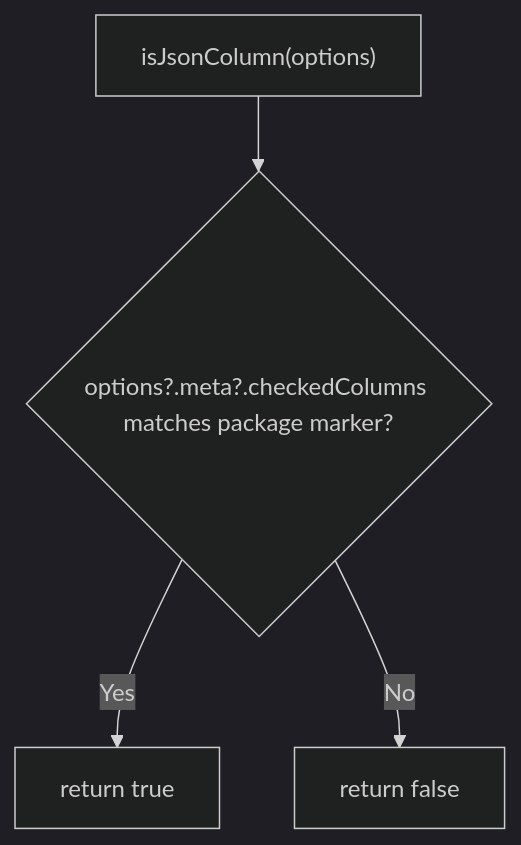
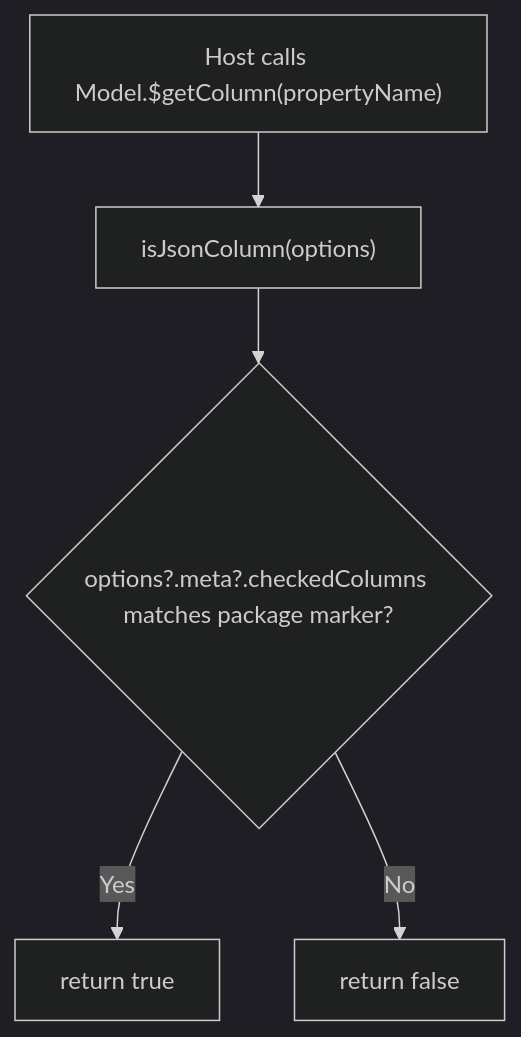
Before and after one commit to Kevinjohn/oss-adonisjs-lucid-checked-columns: the second of 2 diagrams in user-stories/US-COLUMN-03-find-json-columns.md, drawn with Mermaid (dark theme). The commit also changed other lines of this file and 9 other files, not shown here.

Commit message:
docs: reconcile checked column story catalogue

````diff
--- a/user-stories/US-COLUMN-03-find-json-columns.md
+++ b/user-stories/US-COLUMN-03-find-json-columns.md
@@ -36,6 +36,7 @@
 ```mermaid
 flowchart TD
-    A["isJsonColumn(options)"] --> B{"options?.meta?.checkedColumns matches package marker?"}
+    A["Host calls Model.$getColumn(propertyName)"] --> A1["isJsonColumn(options)"]
+    A1 --> B{"options?.meta?.checkedColumns matches package marker?"}
     B -->|Yes| C["return true"]
     B -->|No| D["return false"]
 ```
````
